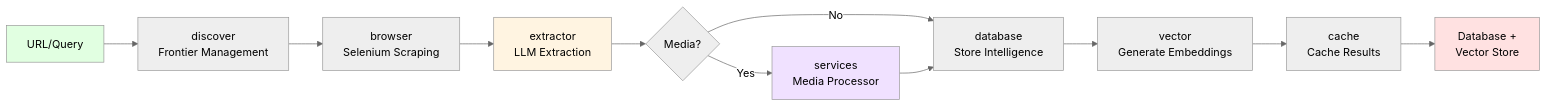
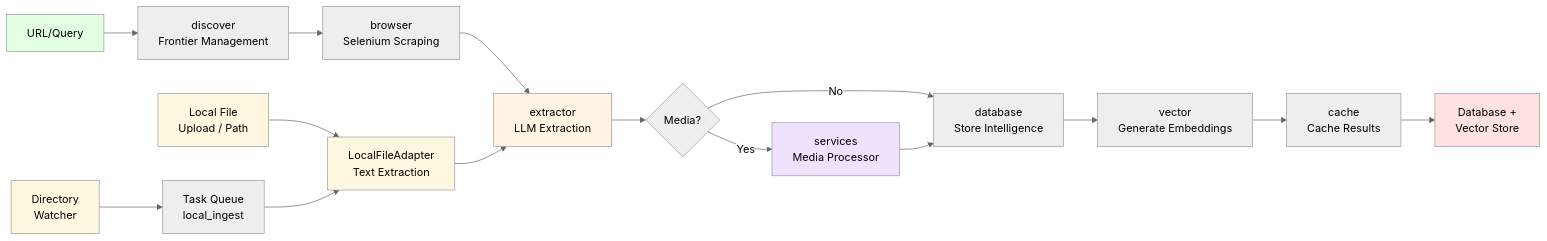
The second of 5 diagrams in README.md (anorien90/Garuda), drawn with Mermaid (neutral theme) before and after one commit. The commit also changed other lines of this file and 2 other files, not shown here.

Commit message:
Add local data UI panel, tab integration, and README documentation

````diff
--- a/README.md
+++ b/README.md
@@ -199,18 +228,26 @@
 ```mermaid
 flowchart LR
     A[URL/Query] --> B[discover<br/>Frontier Management]
     B --> C[browser<br/>Selenium Scraping]
     C --> D[extractor<br/>LLM Extraction]
     D --> E{Media?}
     E -->|Yes| F[services<br/>Media Processor]
     E -->|No| G[database<br/>Store Intelligence]
     F --> G
     G --> H[vector<br/>Generate Embeddings]
     H --> I[cache<br/>Cache Results]
     I --> J[Database +<br/>Vector Store]
 
+    K[Local File<br/>Upload / Path] --> L[LocalFileAdapter<br/>Text Extraction]
+    M[Directory<br/>Watcher] --> N[Task Queue<br/>local_ingest]
+    N --> L
+    L --> D
+
     style A fill:#e1ffe1
     style J fill:#ffe1e1
     style D fill:#fff4e1
     style F fill:#f0e1ff
+    style K fill:#fff8e1
+    style M fill:#fff8e1
+    style L fill:#fff8e1
 ```
````
